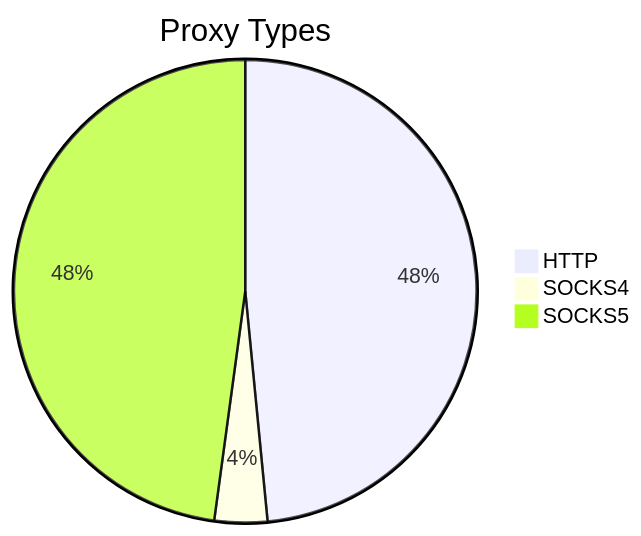
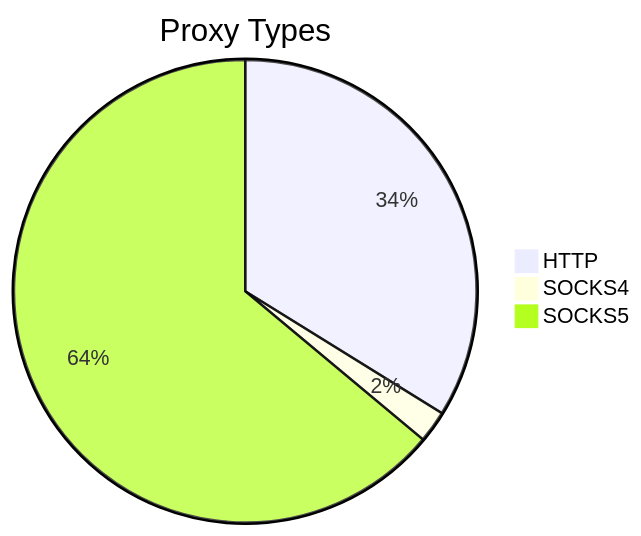
The first of 2 diagrams in README.md (stormsia/proxy-list), drawn with Mermaid before and after one commit. The commit also changed other lines of this file, not shown here.

````diff
--- a/README.md
+++ b/README.md
@@ -21,6 +21,6 @@
 ```mermaid
 pie title Proxy Types
-    "HTTP" : 723
-    "SOCKS4" : 55
-    "SOCKS5" : 714
+    "HTTP" : 681
+    "SOCKS4" : 45
+    "SOCKS5" : 1287
 ```
````
